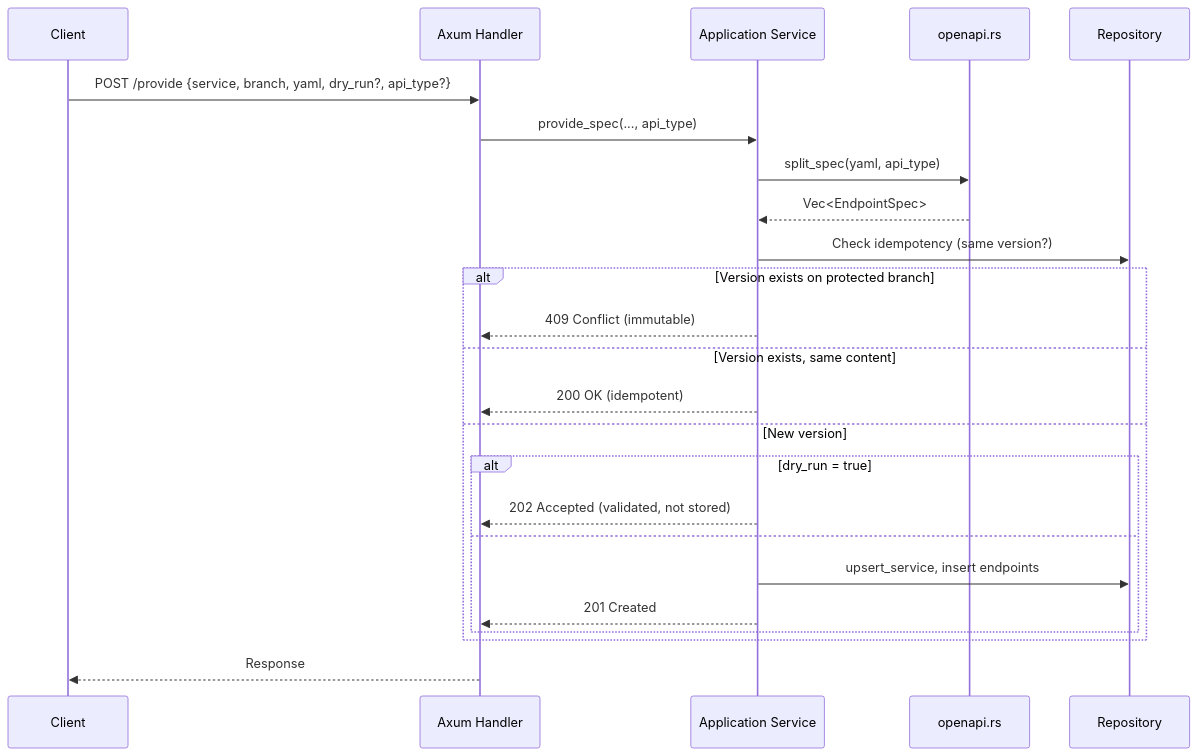
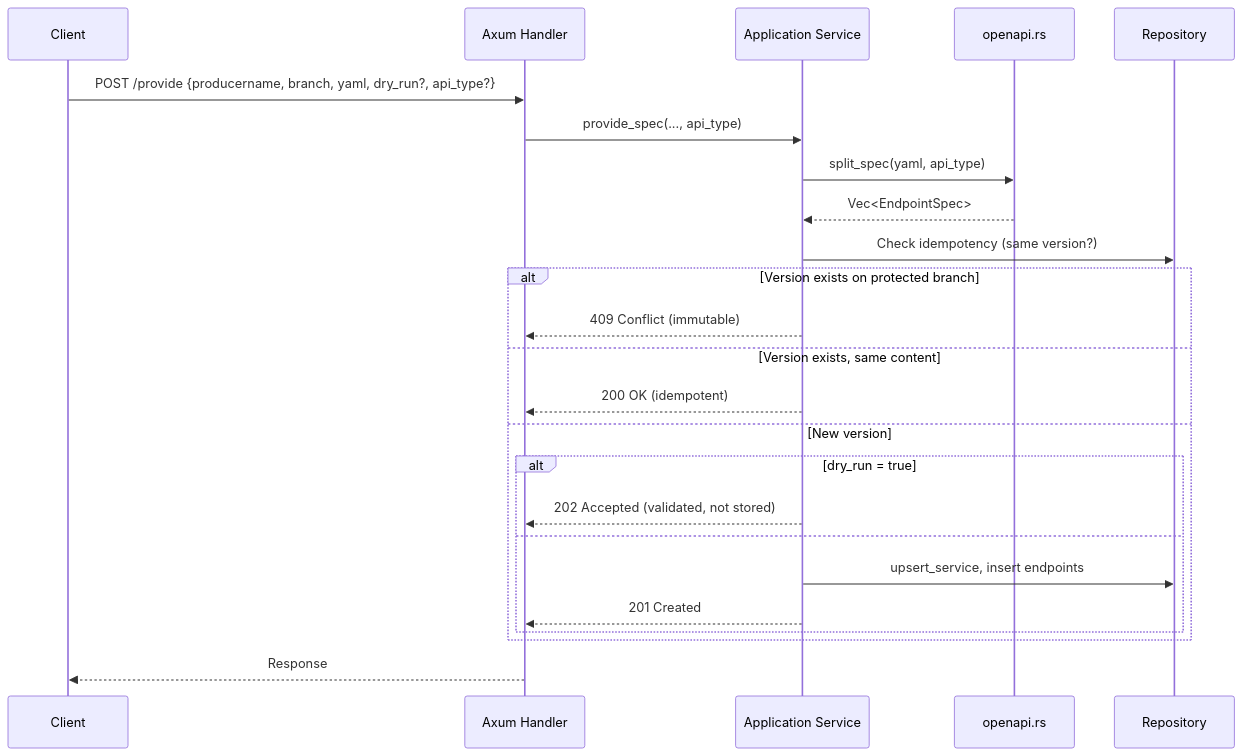
Before and after one commit to paxel/sanshain-service: the second of 7 diagrams in docs/developer-guide.md, drawn with Mermaid. The commit also changed other lines of this file and 10 other files, not shown here.

````diff
--- a/docs/developer-guide.md
+++ b/docs/developer-guide.md
@@ -64,27 +64,27 @@
 ```mermaid
 sequenceDiagram
     participant Client
     participant Handler as Axum Handler
     participant Service as Application Service
     participant Splitter as openapi.rs
     participant Repo as Repository
 
-    Client->>Handler: POST /provide {service, branch, yaml, dry_run?, api_type?}
+    Client->>Handler: POST /provide {producername, branch, yaml, dry_run?, api_type?}
     Handler->>Service: provide_spec(..., api_type)
     Service->>Splitter: split_spec(yaml, api_type)
     Splitter-->>Service: Vec<EndpointSpec>
     Service->>Repo: Check idempotency (same version?)
     alt Version exists on protected branch
         Service-->>Handler: 409 Conflict (immutable)
     else Version exists, same content
         Service-->>Handler: 200 OK (idempotent)
     else New version
         alt dry_run = true
             Service-->>Handler: 202 Accepted (validated, not stored)
         else
             Service->>Repo: upsert_service, insert endpoints
             Service-->>Handler: 201 Created
         end
     end
     Handler-->>Client: Response
 ```
````
